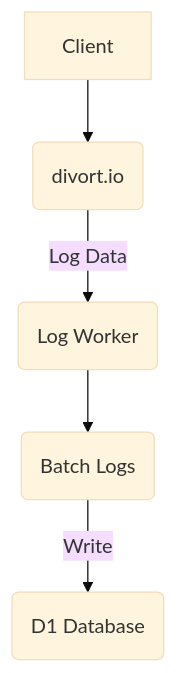
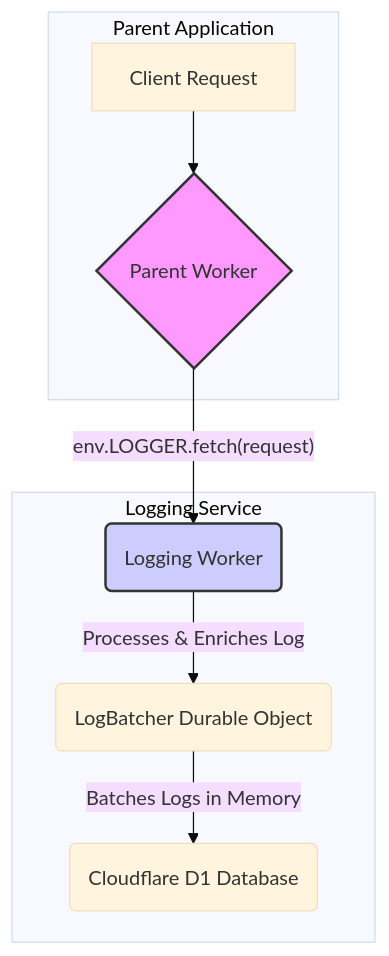
One commit to divortio/divortio-logdo changed the diagram in README.md. Above: the diagram before and after it, drawn with Mermaid (base theme). The commit also changed other lines of this file and 10 other files, not shown here.

````diff
--- a/README.md
+++ b/README.md
@@ -23,7 +34,15 @@
 ```mermaid
 graph TD
-    A[Client] --> B(divort.io);
-    B -- "Log Data" --> C(Log Worker);
-    C --> D(Batch Logs);
-    D -- "Write" --> E(D1 Database);
+    subgraph Parent Application
+        A[Client Request] --> B{Parent Worker};
+    end
+
+    subgraph Logging Service
+        B -- "env.LOGGER.fetch(request)" --> C(Logging Worker);
+        C -- "Processes & Enriches Log" --> D(LogBatcher Durable Object);
+        D -- "Batches Logs in Memory" --> E(Cloudflare D1 Database);
+    end
+
+    style B fill:#f9f,stroke:#333,stroke-width:2px
+    style C fill:#ccf,stroke:#333,stroke-width:2px
 ```
````
